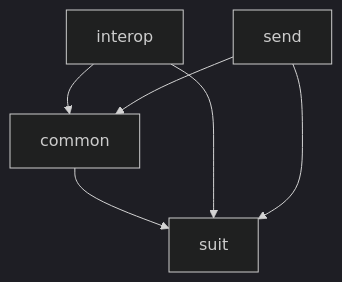
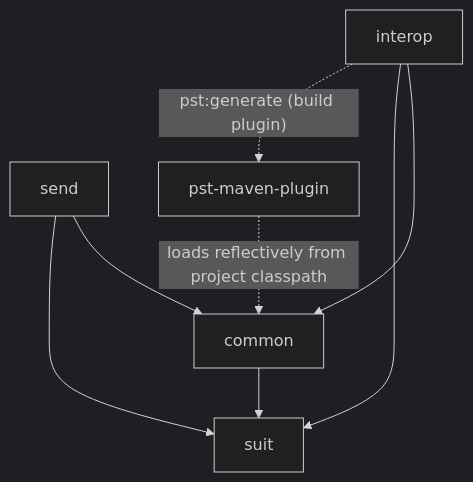
The diagram in docs/architecture/repository-map.md (pagopa/qe_suit), drawn with Mermaid (dark theme) before and after one commit. The commit also changed other lines of this file and 82 other files, not shown here.

````diff
--- a/docs/architecture/repository-map.md
+++ b/docs/architecture/repository-map.md
@@ -9,13 +9,16 @@
 ```mermaid
 flowchart TB
     FE["suit"]
     Common["common"]
     Interop["interop"]
     Send["send"]
+    Pst["pst-maven-plugin"]
 
     Common --> FE
     Interop --> Common
     Interop --> FE
     Send --> Common
     Send --> FE
+    Interop -. "pst:generate (build plugin)" .-> Pst
+    Pst -. "loads reflectively from project classpath" .-> Common
 ```
````
